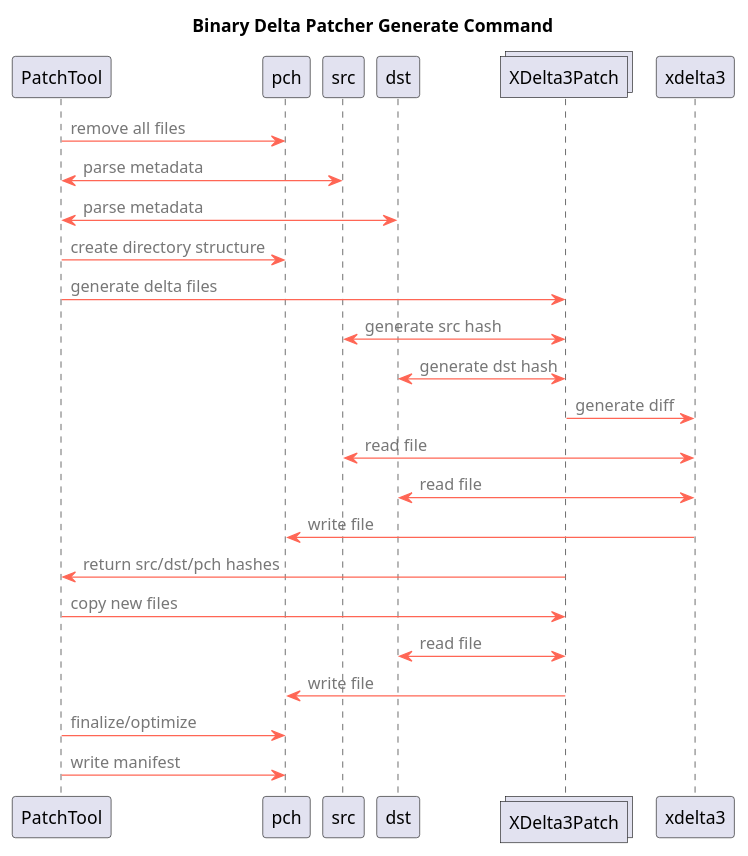
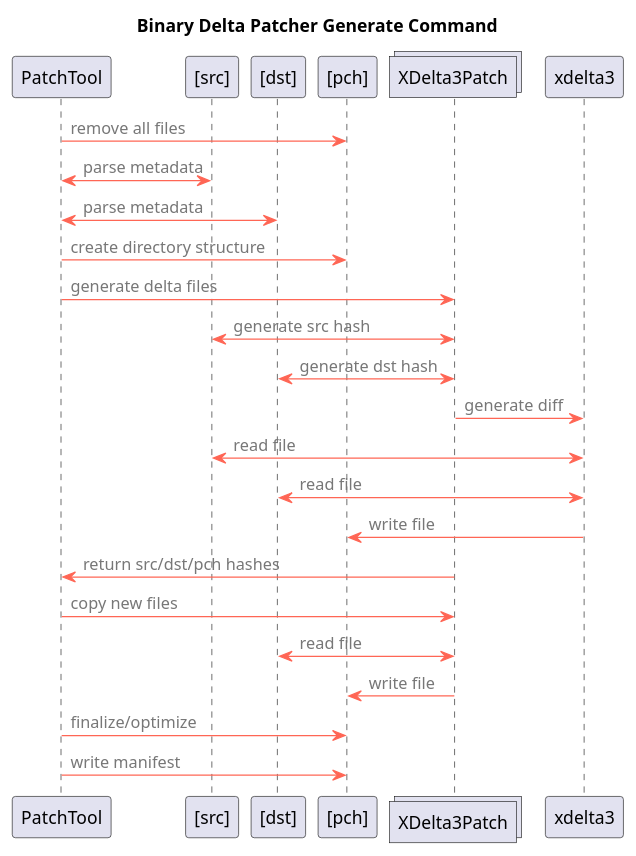
One commit to SwitchCaseGroup/switchcase-deltapatcher changed the diagram in docs/src/generate-sequence.puml. Above: the diagram before and after it, drawn with PlantUML. The commit also changed 1 other file, not shown here.

```diff
--- a/docs/src/generate-sequence.puml
+++ b/docs/src/generate-sequence.puml
@@ -1,48 +1,53 @@
 @startuml generate-sequence
 
 skinparam interface {
   backgroundColor white
   borderColor orange
 }
 
 skinparam component {
   FontSize 13
   FontName Courier
   BorderColor black
   BackgroundColor gold
   ArrowFontName Impact
   ArrowColor #FF6655
   ArrowFontColor #777777
 }
 
 title Binary Delta Patcher Generate Command
+
+participant PatchTool as PatchTool
+participant "[src]" as src
+participant "[dst]" as dst
+participant "[pch]" as pch
 
 ' initialize
 PatchTool -> pch : remove all files
 PatchTool <-> src : parse metadata
 PatchTool <-> dst : parse metadata
 PatchTool -> pch : create directory structure
 
 ' multiple workers
 collections XDelta3Patch as XDelta3Patch
 
 ' generate delta files
 PatchTool -> XDelta3Patch : generate delta files
 XDelta3Patch <-> src : generate src hash
 XDelta3Patch <-> dst : generate dst hash
 XDelta3Patch -> xdelta3 : generate diff
 xdelta3 <-> src : read file
 xdelta3 <-> dst : read file
 xdelta3 -> pch : write file
 XDelta3Patch -> PatchTool : return src/dst/pch hashes
 
 ' copy new files
 PatchTool -> XDelta3Patch : copy new files
 XDelta3Patch <-> dst : read file
 XDelta3Patch -> pch : write file
 
 ' finalize
 PatchTool -> pch : finalize/optimize
 PatchTool -> pch : write manifest
 
 @enduml
```
